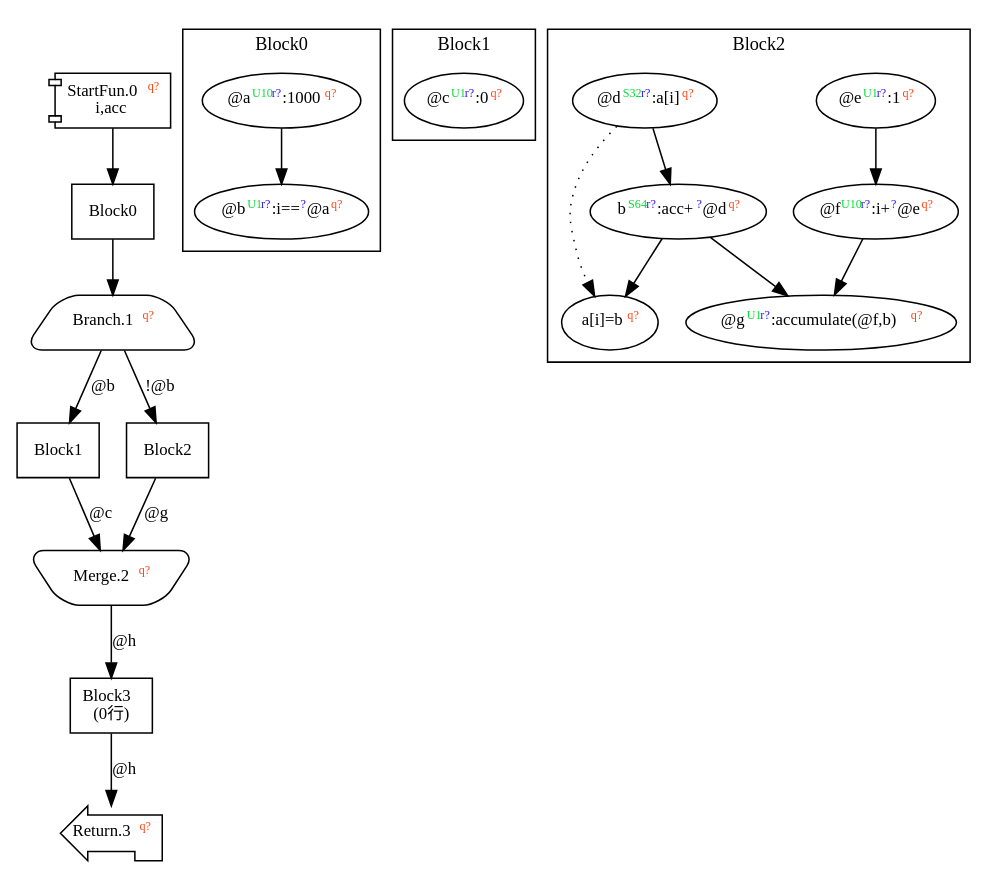
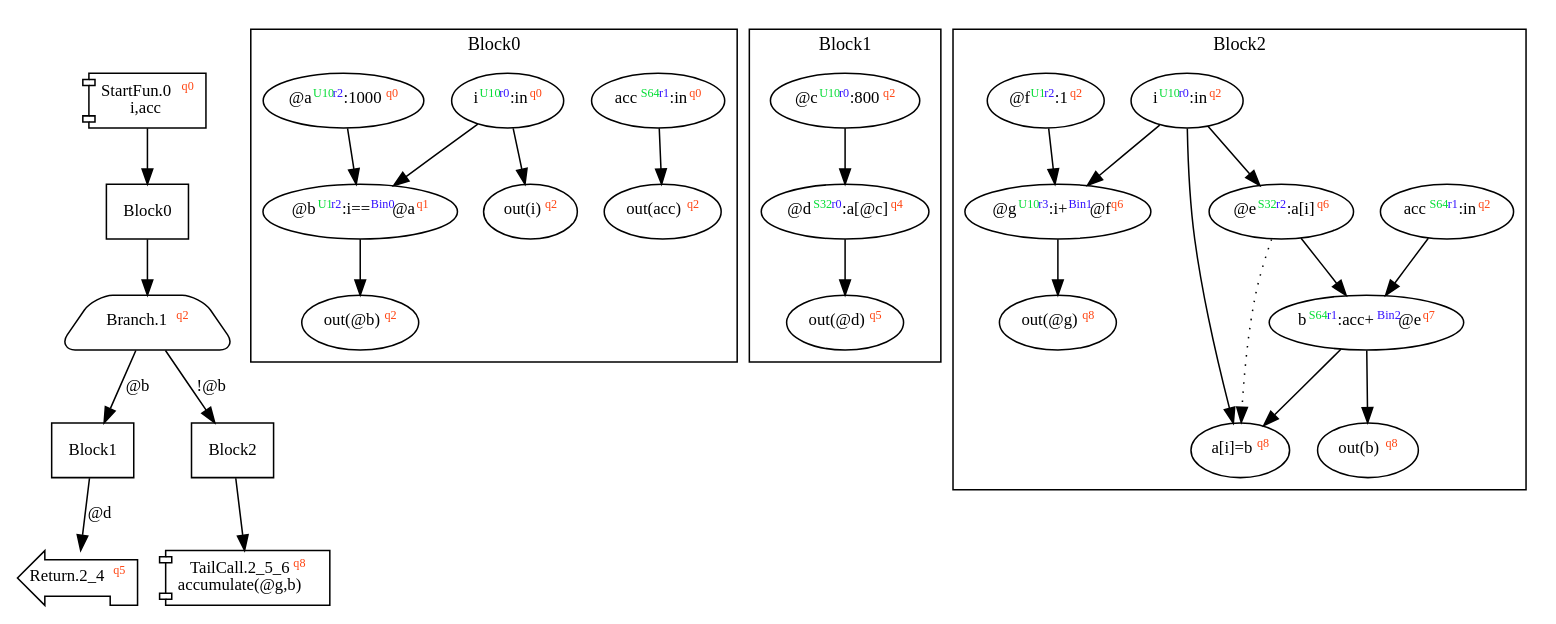
Before and after one commit to akouryy/SyntheScala: the diagram in dist/accumulate.dot, drawn with Graphviz. The commit also changed 25 other files, not shown here.

```diff
--- a/dist/accumulate.dot
+++ b/dist/accumulate.dot
@@ -1,39 +1,47 @@
 digraph Program_ {
 graph [fontname = "Monaco", fontsize = 12, ranksep = 0.5];
 node [shape = box, fontname = "Monaco", fontsize = 11; colorscheme = pastel19];
 edge [fontname = "Monaco", fontsize = 11; colorscheme = pastel19];
-Jump0[label = <StartFun.0<font color="#ff4411" point-size="8"><sup>q?</sup></font><br/>i,acc>; shape = component];
+Jump0[label = <StartFun.0<font color="#ff4411" point-size="8"><sup>q0</sup></font><br/>i,acc>; shape = component];
 Jump0 -> Block0;
 Jump1[
-  label = <Branch.1<font color="#ff4411" point-size="8"><sup>q?</sup></font>>;
+  label = <Branch.1<font color="#ff4411" point-size="8"><sup>q2</sup></font>>;
   shape = trapezium; style = rounded;
 ];
 Block0 -> Jump1;
 Jump1 -> Block1 [label="@b"];
 Jump1 -> Block2 [label="!@b"];
-Jump2[label = <Merge.2<font color="#ff4411" point-size="8"><sup>q?</sup></font>>; shape = invtrapezium; style = rounded];
-Block1 -> Jump2 [label="@c"];Block2 -> Jump2 [label="@g"];
-Jump2 -> Block3 [label="@h"];
-Jump3[label = <Return.3<font color="#ff4411" point-size="8"><sup>q?</sup></font>>; shape = lpromoter];
-Block3 -> Jump3 [label="@h"];
+Jump2_4[label = <Return.2_4<font color="#ff4411" point-size="8"><sup>q5</sup></font>>; shape = lpromoter];
+Block1 -> Jump2_4 [label="@d"];
+Jump2_5_6[label = <TailCall.2_5_6<font color="#ff4411" point-size="8"><sup>q8</sup></font><br/>accumulate(@g,b)>; shape = component];
+Block2 -> Jump2_5_6;
 Block0 [label = "Block0"];
 Block1 [label = "Block1"];
 Block2 [label = "Block2"];
-Block3 [label = "Block3\l(0行)"]
 subgraph cluster_dfg_Block0{
 node [shape = oval];
 label = "Block0";
-ndBlock0_0 [label=<@a<font color="#00dd33" point-size="8"><sup>U10</sup></font><font color="#3311ff" point-size="8"><sup>r?</sup></font>:1000<font color="#ff4411" point-size="8"><sup>q?</sup></font>>];ndBlock0_1 [label=<@b<font color="#00dd33" point-size="8"><sup>U1</sup></font><font color="#3311ff" point-size="8"><sup>r?</sup></font>:i==<font color="#3311ff" point-size="8"><sup>?</sup></font>@a<font color="#ff4411" point-size="8"><sup>q?</sup></font>>];ndBlock0_0 -> ndBlock0_1;
+ndBlock0_0 [label=<@b<font color="#00dd33" point-size="8"><sup>U1</sup></font><font color="#3311ff" point-size="8"><sup>r2</sup></font>:i==<font color="#3311ff" point-size="8"><sup>Bin0</sup></font>@a<font color="#ff4411" point-size="8"><sup>q1</sup></font>>];ndBlock0_1 [label=<out(acc)<font color="#ff4411" point-size="8"><sup>q2</sup></font>>];ndBlock0_2 [label=<acc<font color="#00dd33" point-size="8"><sup>S64</sup></font><font color="#3311ff" point-size="8"><sup>r1</sup></font>:in<font color="#ff4411" point-size="8"><sup>q0</sup></font>>];ndBlock0_3 [label=<i<font color="#00dd33" point-size="8"><sup>U10</sup></font><font color="#3311ff" point-size="8"><sup>r0</sup></font>:in<font color="#ff4411" point-size="8"><sup>q0</sup></font>>];ndBlock0_4 [label=<out(@b)<font color="#ff4411" point-size="8"><sup>q2</sup></font>>];ndBlock0_5 [label=<@a<font color="#00dd33" point-size="8"><sup>U10</sup></font><font color="#3311ff" point-size="8"><sup>r2</sup></font>:1000<font color="#ff4411" point-size="8"><sup>q0</sup></font>>];ndBlock0_6 [label=<out(i)<font color="#ff4411" point-size="8"><sup>q2</sup></font>>];ndBlock0_2 -> ndBlock0_1;
+ndBlock0_0 -> ndBlock0_4;
+ndBlock0_3 -> ndBlock0_0;
+ndBlock0_5 -> ndBlock0_0;
+ndBlock0_3 -> ndBlock0_6;
 }subgraph cluster_dfg_Block1{
 node [shape = oval];
 label = "Block1";
-ndBlock1_0 [label=<@c<font color="#00dd33" point-size="8"><sup>U1</sup></font><font color="#3311ff" point-size="8"><sup>r?</sup></font>:0<font color="#ff4411" point-size="8"><sup>q?</sup></font>>];}subgraph cluster_dfg_Block2{
+ndBlock1_0 [label=<@c<font color="#00dd33" point-size="8"><sup>U10</sup></font><font color="#3311ff" point-size="8"><sup>r0</sup></font>:800<font color="#ff4411" point-size="8"><sup>q2</sup></font>>];ndBlock1_1 [label=<@d<font color="#00dd33" point-size="8"><sup>S32</sup></font><font color="#3311ff" point-size="8"><sup>r0</sup></font>:a[@c]<font color="#ff4411" point-size="8"><sup>q4</sup></font>>];ndBlock1_2 [label=<out(@d)<font color="#ff4411" point-size="8"><sup>q5</sup></font>>];ndBlock1_0 -> ndBlock1_1;
+ndBlock1_1 -> ndBlock1_2;
+}subgraph cluster_dfg_Block2{
 node [shape = oval];
 label = "Block2";
-ndBlock2_0 [label=<@e<font color="#00dd33" point-size="8"><sup>U1</sup></font><font color="#3311ff" point-size="8"><sup>r?</sup></font>:1<font color="#ff4411" point-size="8"><sup>q?</sup></font>>];ndBlock2_1 [label=<@d<font color="#00dd33" point-size="8"><sup>S32</sup></font><font color="#3311ff" point-size="8"><sup>r?</sup></font>:a[i]<font color="#ff4411" point-size="8"><sup>q?</sup></font>>];ndBlock2_2 [label=<a[i]=b<font color="#ff4411" point-size="8"><sup>q?</sup></font>>];ndBlock2_3 [label=<@g<font color="#00dd33" point-size="8"><sup>U1</sup></font><font color="#3311ff" point-size="8"><sup>r?</sup></font>:accumulate(@f,b)<font color="#ff4411" point-size="8"><sup>q?</sup></font>>];ndBlock2_4 [label=<@f<font color="#00dd33" point-size="8"><sup>U10</sup></font><font color="#3311ff" point-size="8"><sup>r?</sup></font>:i+<font color="#3311ff" point-size="8"><sup>?</sup></font>@e<font color="#ff4411" point-size="8"><sup>q?</sup></font>>];ndBlock2_5 [label=<b<font color="#00dd33" point-size="8"><sup>S64</sup></font><font color="#3311ff" point-size="8"><sup>r?</sup></font>:acc+<font color="#3311ff" point-size="8"><sup>?</sup></font>@d<font color="#ff4411" point-size="8"><sup>q?</sup></font>>];ndBlock2_5 -> ndBlock2_2;
-ndBlock2_1 -> ndBlock2_5;
-ndBlock2_4 -> ndBlock2_3;
-ndBlock2_5 -> ndBlock2_3;
-ndBlock2_0 -> ndBlock2_4;
-ndBlock2_1 -> ndBlock2_2 [style = dotted];
+ndBlock2_0 [label=<@e<font color="#00dd33" point-size="8"><sup>S32</sup></font><font color="#3311ff" point-size="8"><sup>r2</sup></font>:a[i]<font color="#ff4411" point-size="8"><sup>q6</sup></font>>];ndBlock2_1 [label=<acc<font color="#00dd33" point-size="8"><sup>S64</sup></font><font color="#3311ff" point-size="8"><sup>r1</sup></font>:in<font color="#ff4411" point-size="8"><sup>q2</sup></font>>];ndBlock2_2 [label=<i<font color="#00dd33" point-size="8"><sup>U10</sup></font><font color="#3311ff" point-size="8"><sup>r0</sup></font>:in<font color="#ff4411" point-size="8"><sup>q2</sup></font>>];ndBlock2_3 [label=<out(@g)<font color="#ff4411" point-size="8"><sup>q8</sup></font>>];ndBlock2_4 [label=<a[i]=b<font color="#ff4411" point-size="8"><sup>q8</sup></font>>];ndBlock2_5 [label=<@f<font color="#00dd33" point-size="8"><sup>U1</sup></font><font color="#3311ff" point-size="8"><sup>r2</sup></font>:1<font color="#ff4411" point-size="8"><sup>q2</sup></font>>];ndBlock2_6 [label=<b<font color="#00dd33" point-size="8"><sup>S64</sup></font><font color="#3311ff" point-size="8"><sup>r1</sup></font>:acc+<font color="#3311ff" point-size="8"><sup>Bin2</sup></font>@e<font color="#ff4411" point-size="8"><sup>q7</sup></font>>];ndBlock2_7 [label=<out(b)<font color="#ff4411" point-size="8"><sup>q8</sup></font>>];ndBlock2_8 [label=<@g<font color="#00dd33" point-size="8"><sup>U10</sup></font><font color="#3311ff" point-size="8"><sup>r3</sup></font>:i+<font color="#3311ff" point-size="8"><sup>Bin1</sup></font>@f<font color="#ff4411" point-size="8"><sup>q6</sup></font>>];ndBlock2_2 -> ndBlock2_8;
+ndBlock2_5 -> ndBlock2_8;
+ndBlock2_2 -> ndBlock2_0;
+ndBlock2_6 -> ndBlock2_7;
+ndBlock2_8 -> ndBlock2_3;
+ndBlock2_2 -> ndBlock2_4;
+ndBlock2_6 -> ndBlock2_4;
+ndBlock2_0 -> ndBlock2_6;
+ndBlock2_1 -> ndBlock2_6;
+ndBlock2_0 -> ndBlock2_4 [style = dotted];
 }}
```
